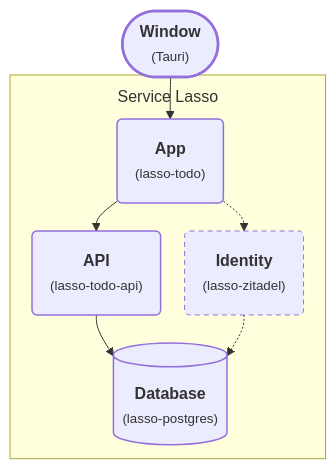
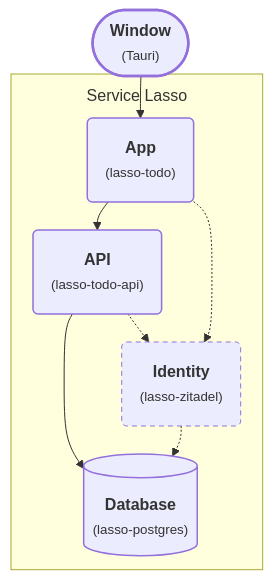
Before and after one commit to service-lasso/service-lasso: the diagram in docs/getting-started/package-todo-tauri.md, drawn with Mermaid. The commit also changed other lines of this file and 5 other files, not shown here.

````diff
--- a/docs/getting-started/package-todo-tauri.md
+++ b/docs/getting-started/package-todo-tauri.md
@@ -24,24 +24,25 @@
 ```mermaid
 %%{init: {"flowchart": {"nodeSpacing": 24, "rankSpacing": 28, "padding": 18, "subGraphTitleMargin": {"top": 10, "bottom": 20}}, "themeVariables": {"fontFamily": "system-ui, sans-serif"}}}%%
 flowchart TB
   accTitle: Stage 5: Package the managed Todo stack as a desktop app
   accDescr: The desktop window reaches the App within Service Lasso. App uses API and Database. Optional Identity from the preceding lesson remains a managed service and uses its own database. The desktop app owns the runtime and its private workspace.
   window(["<b>Window</b><br/><small>(Tauri)</small>"])
     subgraph lasso["Service Lasso"]
       todo("<b>App</b><br/><small>(lasso-todo)</small>")
       identity("<b>Identity</b><br/><small>(lasso-zitadel)</small>")
       api("<b>API</b><br/><small>(lasso-todo-api)</small>")
       db[("<b>Database</b><br/><small>(lasso-postgres)</small>")]
       todo --> api
       api --> db
       todo -.-> identity
+      api -.-> identity
       identity -.-> db
     end
   window --> todo
   classDef service stroke-width:1.5px
   classDef added stroke-width:2.5px
   classDef optional stroke-dasharray:5 4
   class todo,api,db service
   class window added
   class identity optional
 ```
````
